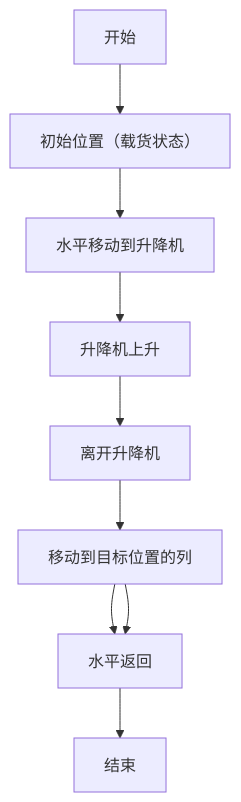
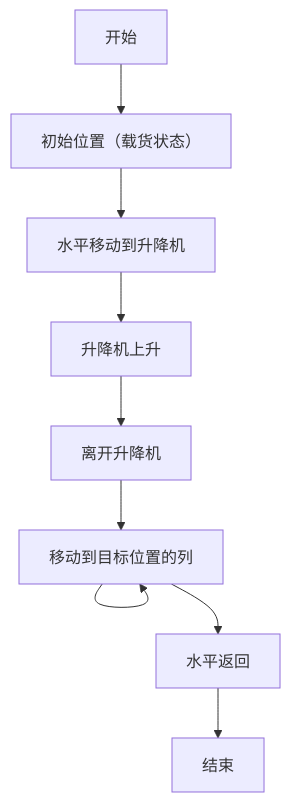
One commit to Mrmilu212/iodraw-files changed the diagram in all/未命名-1.md. Above: the diagram before and after it, drawn with Mermaid.

Commit message:
2025-05-20 14:51:53 update

````diff
--- a/all/未命名-1.md
+++ b/all/未命名-1.md
@@ -1,11 +1,11 @@
 ```mermaid
 graph TD
     A[开始] --> B[初始位置（载货状态）]
     B --> C[水平移动到升降机]
     C --> D[升降机上升]
     D --> E[离开升降机]
     E --> F[移动到目标位置的列]
-    F --> G
+    F --> 
     F --> G[水平返回]
     G --> H[结束]
 ```
````
